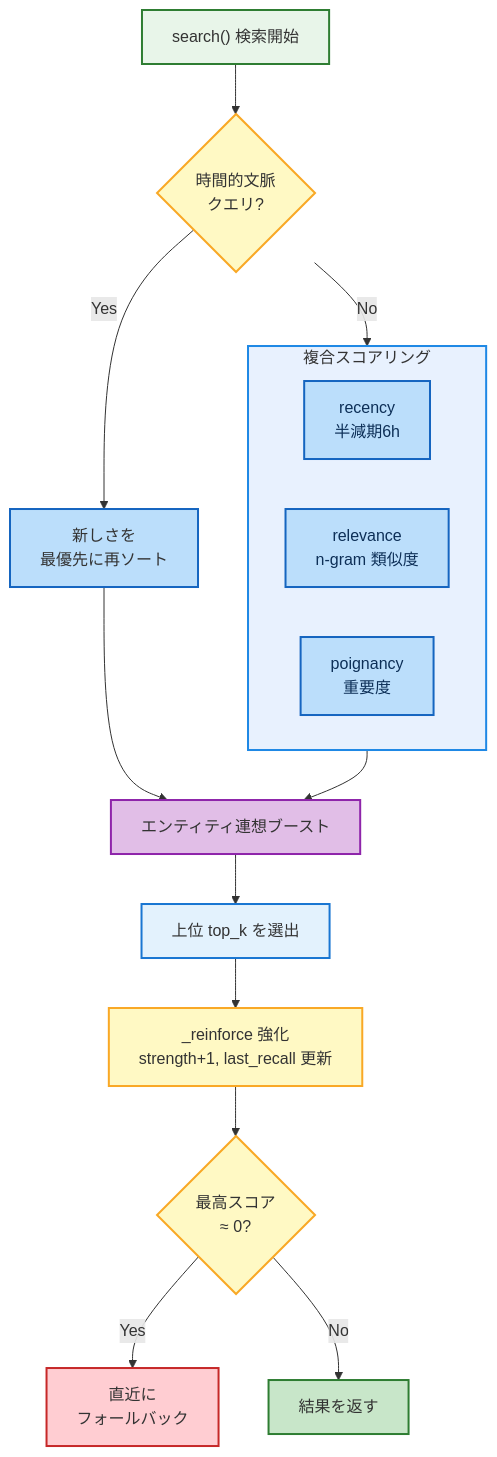
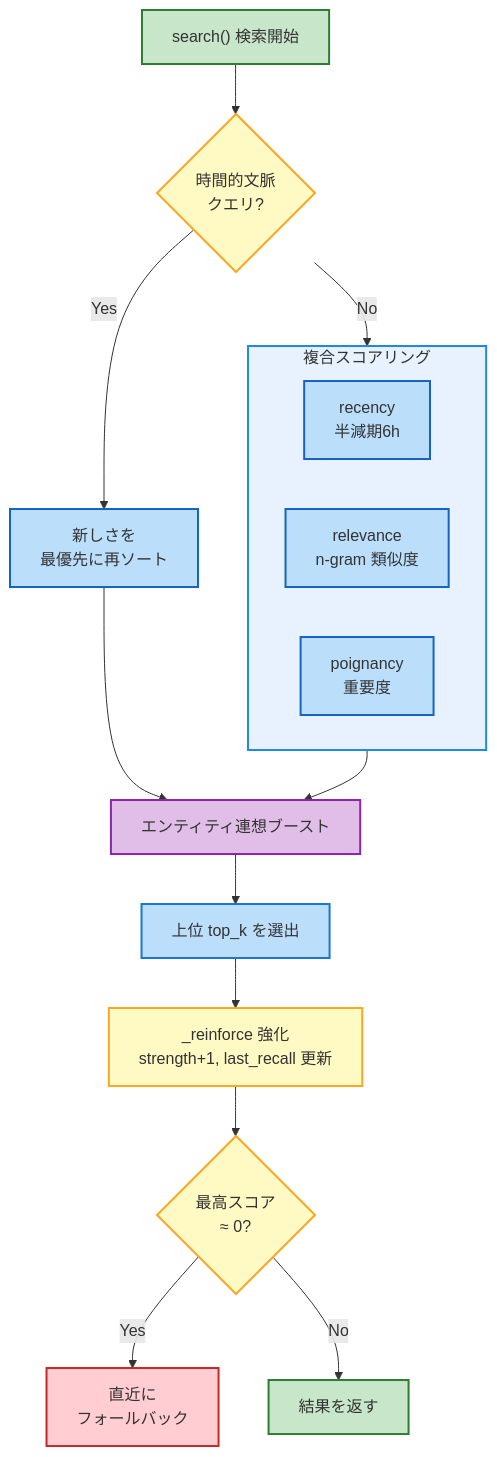
One commit to kuroron000234/Project-Lucina changed the second of 4 diagrams in README.md. Above: the diagram before and after it, drawn with Mermaid. The commit also changed other lines of this file, not shown here.

````diff
--- a/README.md
+++ b/README.md
@@ -84,33 +84,33 @@
 ```mermaid
 flowchart TD
     subgraph SCORE["複合スコアリング"]
         direction LR
         R["recency<br/>半減期6h"]
         REL["relevance<br/>n-gram 類似度"]
         P["poignancy<br/>重要度"]
     end
 
     A["search() 検索開始"] --> B{"時間的文脈<br/>クエリ?"}
     B -- "Yes" --> T["新しさを<br/>最優先に再ソート"]
     B -- "No" --> SCORE
     T --> H["エンティティ連想ブースト"]
     SCORE --> H
     H --> I["上位 top_k を選出"]
     I --> J["_reinforce 強化<br/>strength+1, last_recall 更新"]
     J --> K{"最高スコア<br/>≈ 0?"}
     K -- "Yes" --> L["直近に<br/>フォールバック"]
     K -- "No" --> M["結果を返す"]
 
-    style A fill:#e8f5e9,stroke:#2e7d32,stroke-width:2px
+    style A fill:#c8e6c9,stroke:#2e7d32,stroke-width:2px
     style B fill:#fff9c4,stroke:#f9a825,stroke-width:2px
     style T fill:#bbdefb,stroke:#1565c0,stroke-width:2px
     style H fill:#e1bee7,stroke:#8e24aa,stroke-width:2px
-    style I fill:#e3f2fd,stroke:#1976d2,stroke-width:2px
+    style I fill:#bbdefb,stroke:#1976d2,stroke-width:2px
     style J fill:#fff9c4,stroke:#f9a825,stroke-width:2px
     style K fill:#fff9c4,stroke:#f9a825,stroke-width:2px
     style L fill:#ffcdd2,stroke:#c62828,stroke-width:2px
     style M fill:#c8e6c9,stroke:#2e7d32,stroke-width:2px
     style SCORE fill:#e8f1fe,stroke:#1e88e5,stroke-width:2px
-    classDef score fill:#bbdefb,stroke:#1565c0,color:#0d2f57,stroke-width:2px
+    classDef score fill:#bbdefb,stroke:#1565c0,stroke-width:2px
     class R,REL,P score
 ```
````
